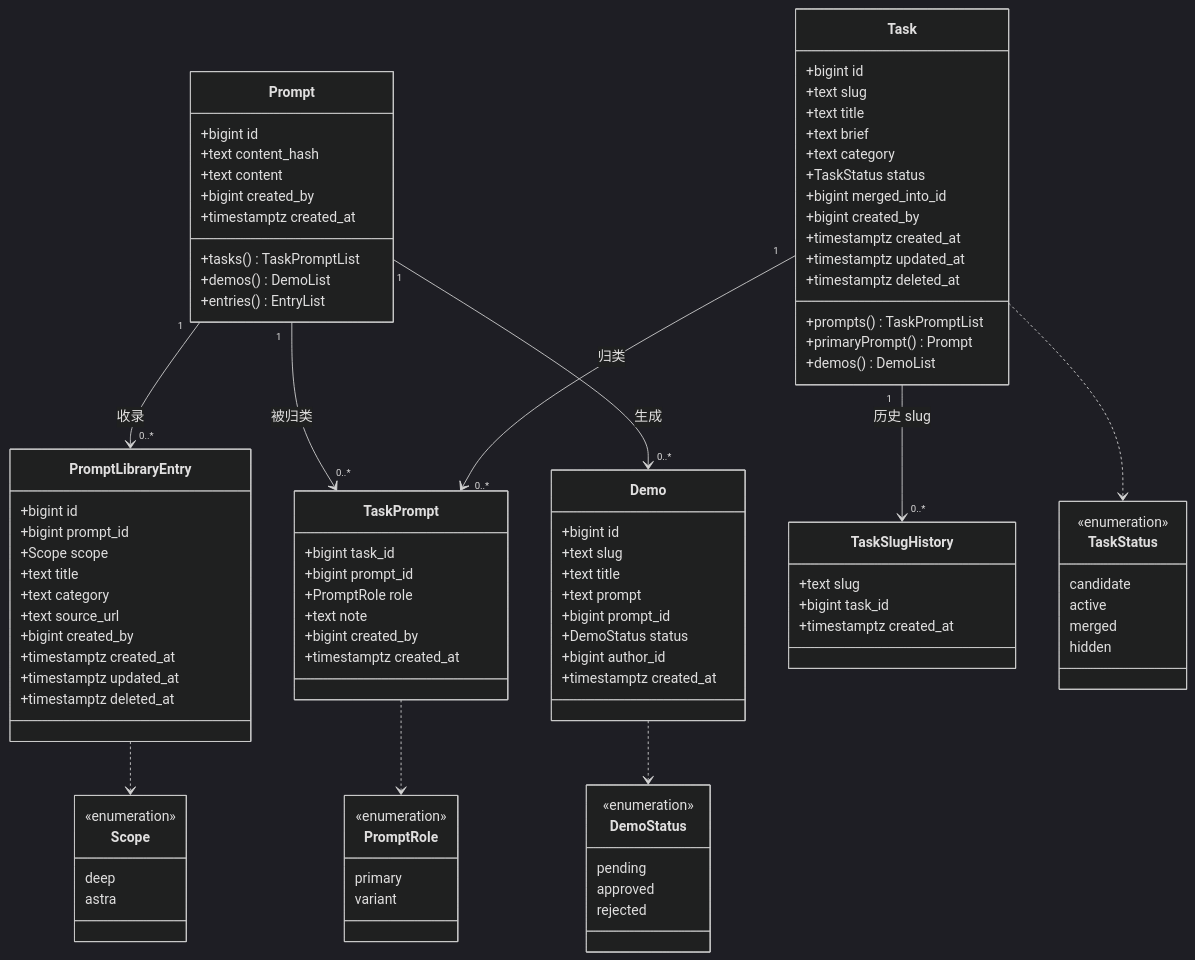
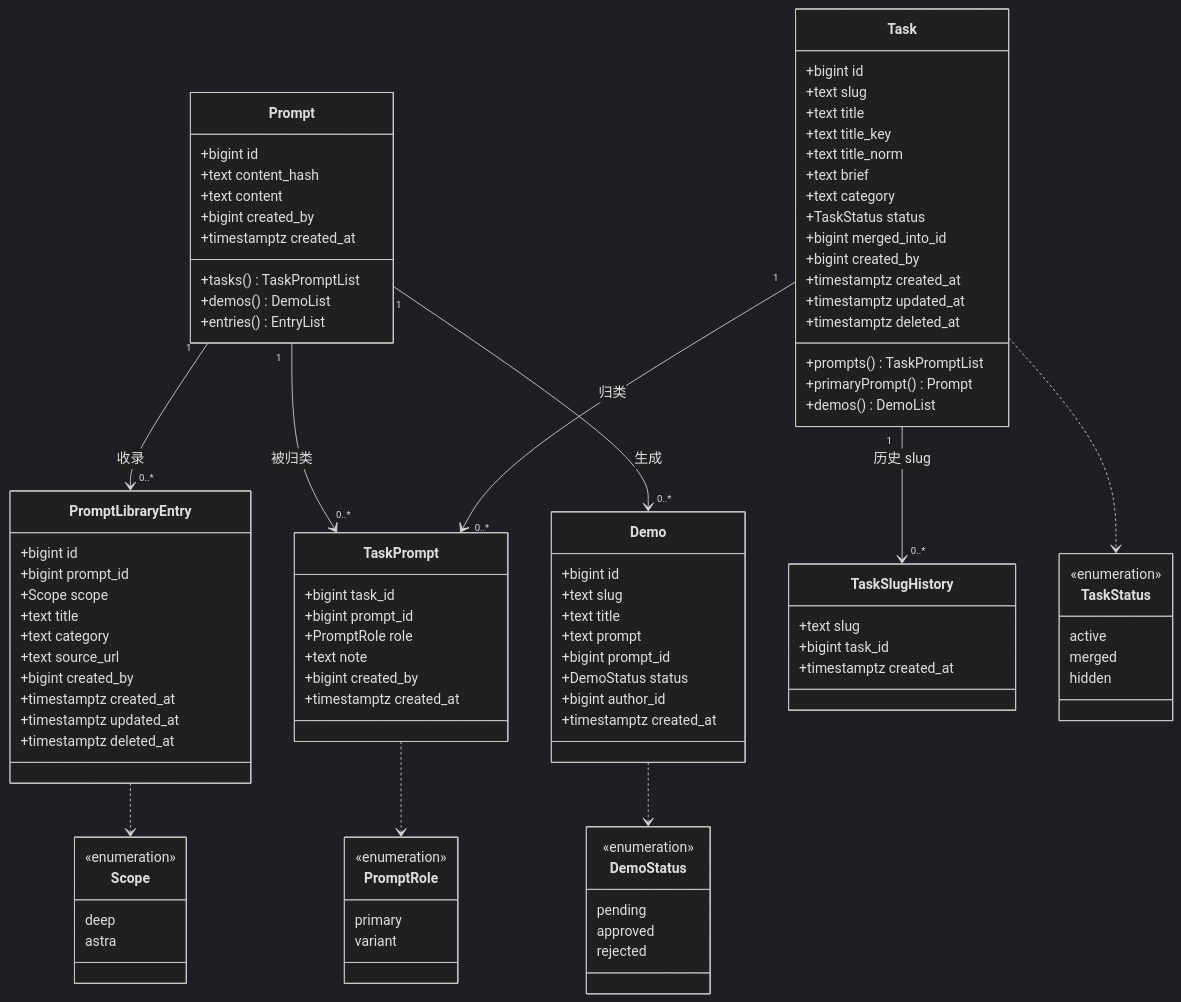
The first of 20 diagrams in docs/实体域UML图集.md (deepdemos/ds-demos-showcase), drawn with Mermaid (dark theme) before and after one commit. The commit also changed other lines of this file and 1 other file, not shown here.

```diff
--- a/docs/实体域UML图集.md
+++ b/docs/实体域UML图集.md
@@ -33,6 +44,8 @@
         +bigint id
         +text slug
         +text title
+        +text title_key
+        +text title_norm
         +text brief
         +text category
         +TaskStatus status
@@ -98,7 +111,6 @@
 
     class TaskStatus {
         <<enumeration>>
-        candidate
         active
         merged
         hidden
```
